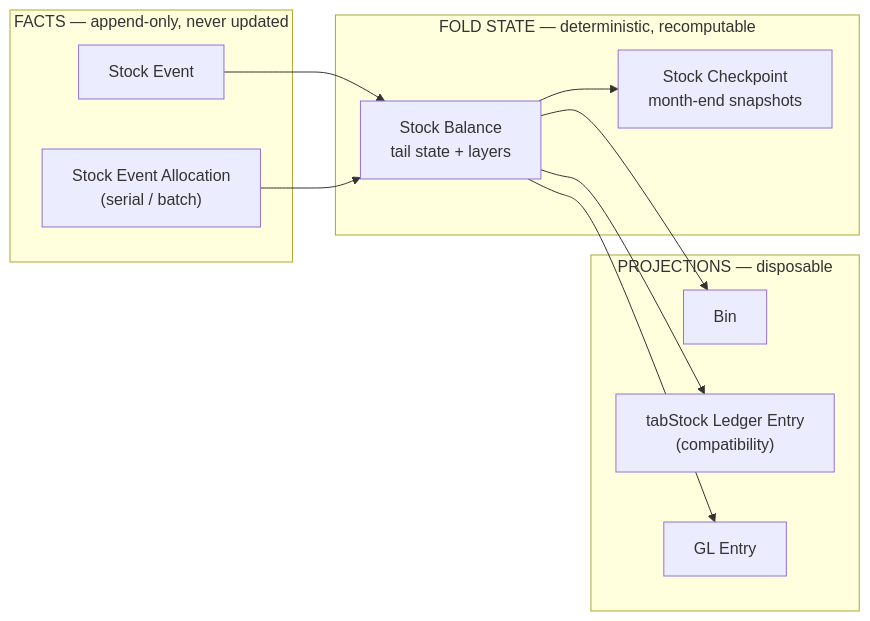
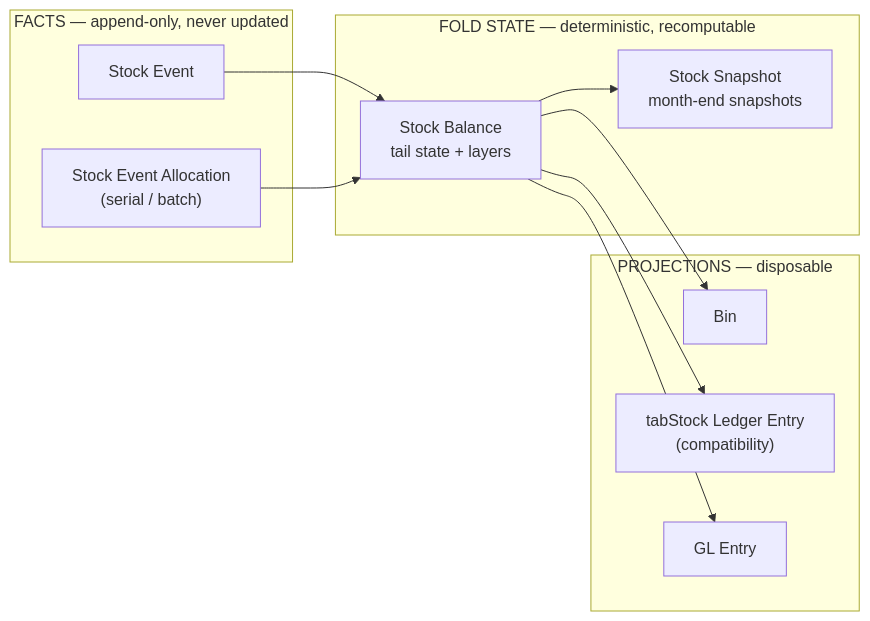
The second of 3 diagrams in erpnext/stock/spec/stock_engine_redesign.md (nabinhait/erpnext), drawn with Mermaid before and after one commit. The commit also changed other lines of this file and 104 other files, not shown here.

````diff
--- a/erpnext/stock/spec/stock_engine_redesign.md
+++ b/erpnext/stock/spec/stock_engine_redesign.md
@@ -1240,22 +1256,22 @@
 ```mermaid
 flowchart LR
   subgraph F["FACTS — append-only, never updated"]
     E["Stock Event"]
     A["Stock Event Allocation<br/>(serial / batch)"]
   end
   subgraph S["FOLD STATE — deterministic, recomputable"]
     B["Stock Balance<br/>tail state + layers"]
-    C["Stock Checkpoint<br/>month-end snapshots"]
+    C["Stock Snapshot<br/>month-end snapshots"]
   end
   subgraph P["PROJECTIONS — disposable"]
     BIN["Bin"]
     SLE["tabStock Ledger Entry<br/>(compatibility)"]
     GL["GL Entry"]
   end
   E --> B
   A --> B
   B --> C
   B --> BIN
   B --> SLE
   B --> GL
 ```
````
